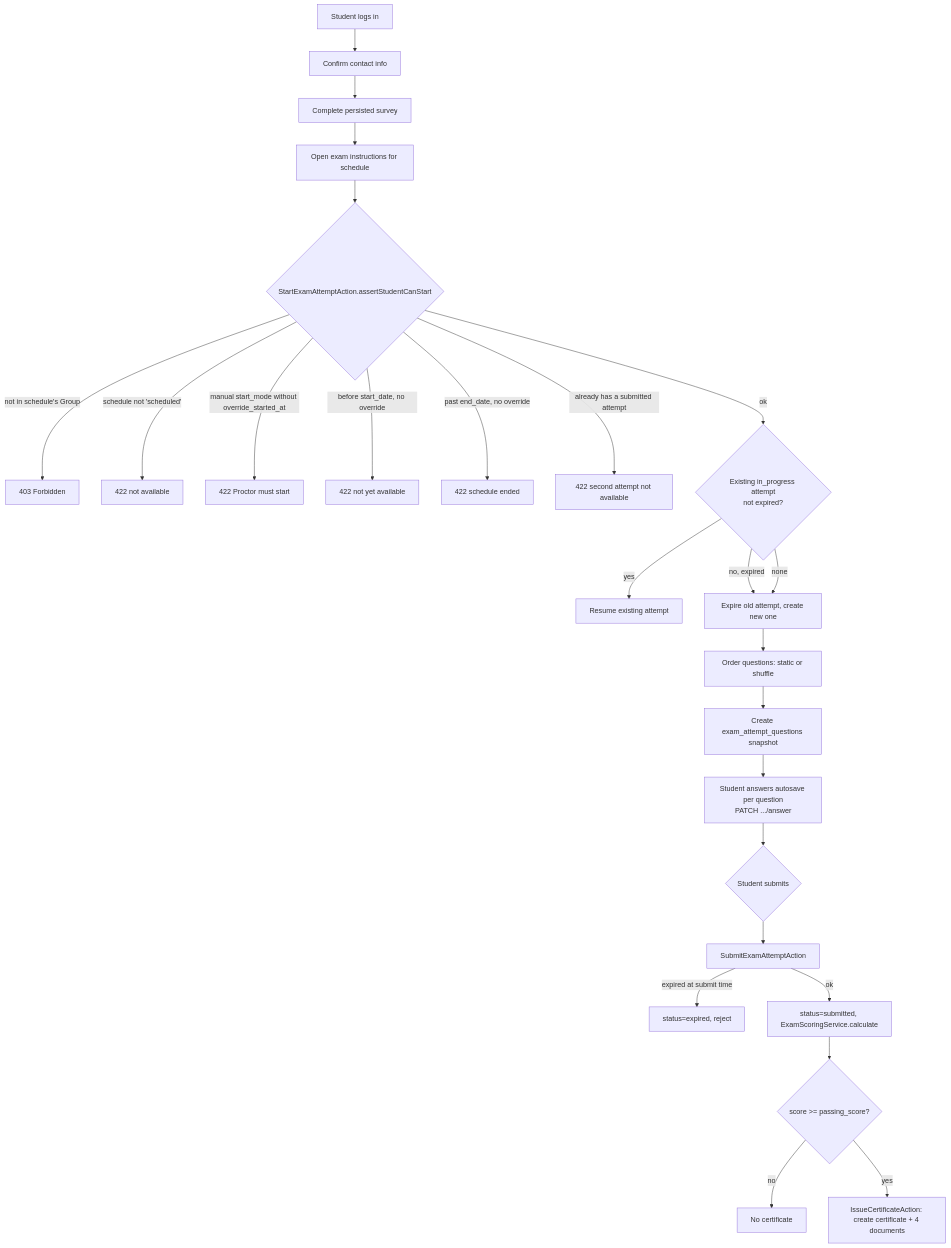
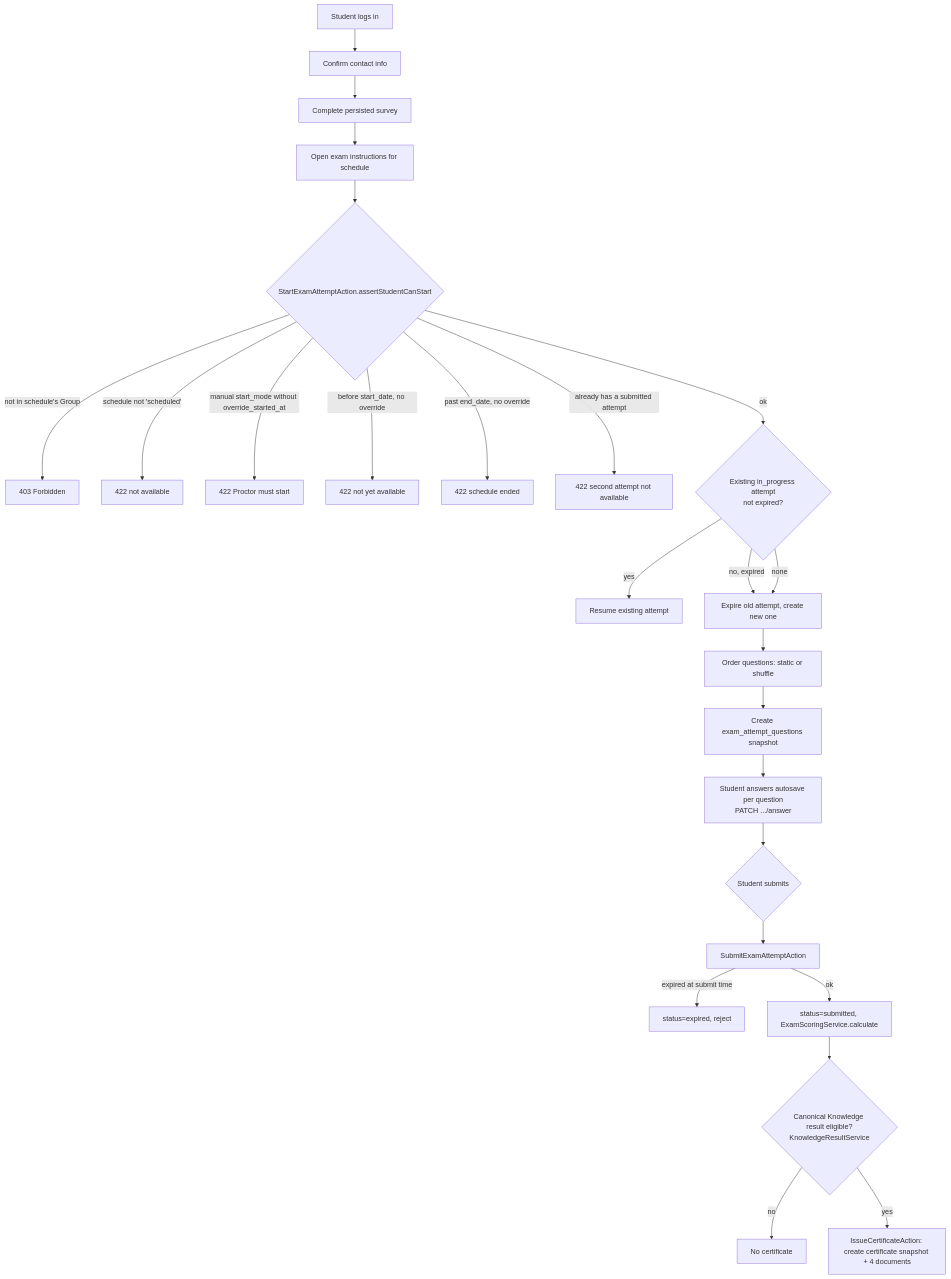
One commit to agaber-storeus/Wellsharp changed the second of 3 diagrams in BUSINESS_FLOWS.md. Above: the diagram before and after it, drawn with Mermaid. The commit also changed other lines of this file and 38 other files, not shown here.

First line of the commit message:
feat: Implement knowledge score control management

````diff
--- a/BUSINESS_FLOWS.md
+++ b/BUSINESS_FLOWS.md
@@ -22,27 +22,27 @@
 ```mermaid
 flowchart TD
     A[Student logs in] --> B[Confirm contact info]
     B --> C[Complete persisted survey]
     C --> D[Open exam instructions for schedule]
     D --> E{StartExamAttemptAction.assertStudentCanStart}
     E -- "not in schedule's Group" --> X1[403 Forbidden]
     E -- "schedule not 'scheduled'" --> X2[422 not available]
     E -- "manual start_mode without override_started_at" --> X0[422 Proctor must start]
     E -- "before start_date, no override" --> X3[422 not yet available]
     E -- "past end_date, no override" --> X4[422 schedule ended]
     E -- "already has a submitted attempt" --> X5[422 second attempt not available]
     E -- ok --> F{Existing in_progress attempt<br/>not expired?}
     F -- yes --> G[Resume existing attempt]
     F -- no, expired --> H[Expire old attempt, create new one]
     F -- none --> H
     H --> I[Order questions: static or shuffle]
     I --> J[Create exam_attempt_questions snapshot]
     J --> K[Student answers autosave per question<br/>PATCH .../answer]
     K --> L{Student submits}
     L --> M[SubmitExamAttemptAction]
     M -- "expired at submit time" --> N[status=expired, reject]
     M -- ok --> O[status=submitted, ExamScoringService.calculate]
-    O --> P{score >= passing_score?}
+    O --> P{Canonical Knowledge result eligible?<br/>KnowledgeResultService}
     P -- no --> Q[No certificate]
-    P -- yes --> R[IssueCertificateAction: create certificate + 4 documents]
+    P -- yes --> R[IssueCertificateAction: create certificate snapshot + 4 documents]
 ```
````
